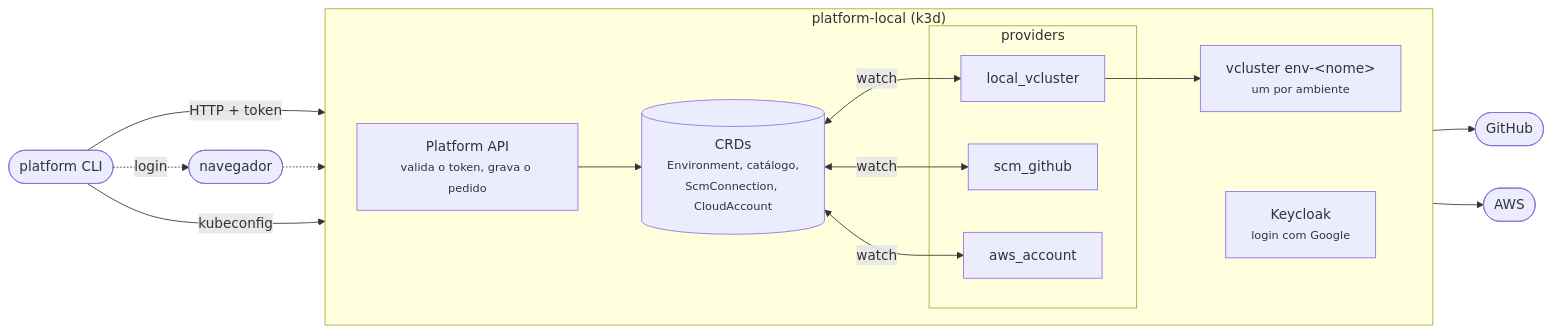
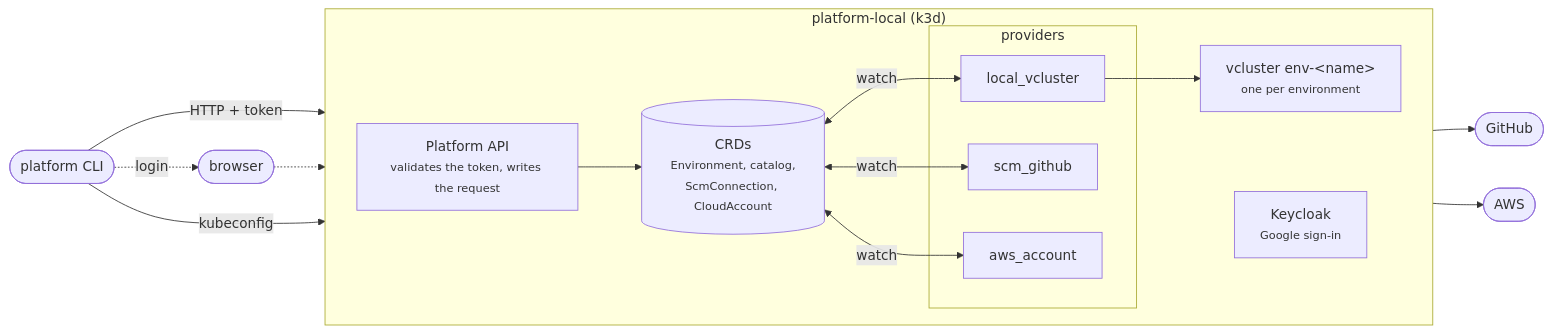
The diagram in cli/docs/index.md (smsilva/wasp-idp), drawn with Mermaid before and after one commit. The commit also changed other lines of this file and 84 other files, not shown here.

First line of the commit message:
docs(cli): site em inglês, walkthrough com uma etapa por página e referência por comando

````diff
--- a/cli/docs/index.md
+++ b/cli/docs/index.md
@@ -12,30 +12,30 @@
 ```mermaid
 flowchart LR
   cli(["platform CLI"])
-  browser(["navegador"])
+  browser(["browser"])
 
   subgraph local["platform-local (k3d)"]
     direction LR
-    keycloak["Keycloak<br/><small>login com Google</small>"]
-    api["Platform API<br/><small>valida o token, grava o pedido</small>"]
-    crds[("CRDs<br/><small>Environment, catálogo,<br/>ScmConnection, CloudAccount</small>")]
+    keycloak["Keycloak<br/><small>Google sign-in</small>"]
+    api["Platform API<br/><small>validates the token, writes the request</small>"]
+    crds[("CRDs<br/><small>Environment, catalog,<br/>ScmConnection, CloudAccount</small>")]
     subgraph providers["providers"]
       vcluster["local_vcluster"]
       scm["scm_github"]
       aws["aws_account"]
     end
-    envs["vcluster env-&lt;nome&gt;<br/><small>um por ambiente</small>"]
+    envs["vcluster env-&lt;name&gt;<br/><small>one per environment</small>"]
   end
 
   github(["GitHub"])
   awscloud(["AWS"])
 
   cli -- "HTTP + token" --> api
   cli -. login .-> browser -.-> keycloak
   api --> crds
   crds <-- watch --> vcluster & scm & aws
   vcluster --> envs
   scm --> github
   aws --> awscloud
   cli -- kubeconfig --> envs
 ```
````
